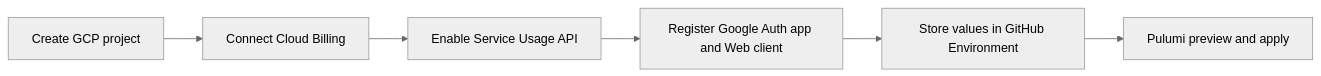
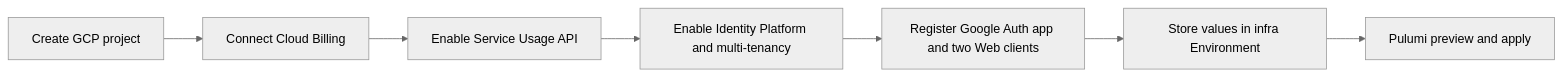
The diagram in infra/gcp-platform/README.md (kkyosuke/me-builder), drawn with Mermaid (neutral theme) before and after one commit. The commit also changed other lines of this file and 24 other files, not shown here.

Commit message:
feat(auth): isolate environments with identity platform tenants

````diff
--- a/infra/gcp-platform/README.md
+++ b/infra/gcp-platform/README.md
@@ -32,8 +32,9 @@
 ```mermaid
 flowchart LR
     Project[Create GCP project] --> Billing[Connect Cloud Billing]
     Billing --> ServiceUsage[Enable Service Usage API]
-    ServiceUsage --> OAuth[Register Google Auth app and Web client]
-    OAuth --> Environment[Store values in GitHub Environment]
+    ServiceUsage --> Identity[Enable Identity Platform and multi-tenancy]
+    Identity --> OAuth[Register Google Auth app and two Web clients]
+    OAuth --> Environment[Store values in infra Environment]
     Environment --> Pulumi[Pulumi preview and apply]
 ```
````
